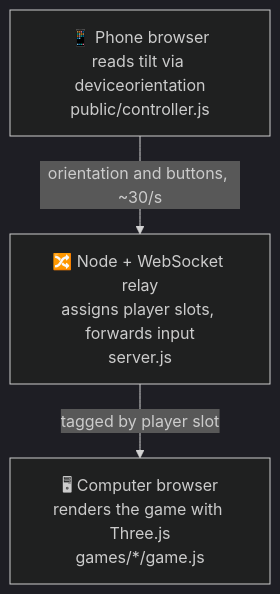
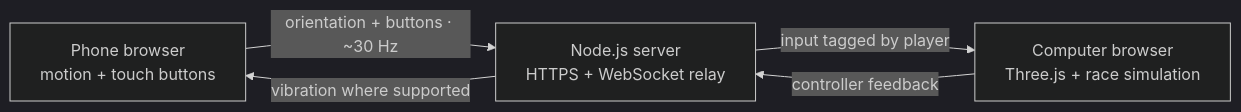
Before and after one commit to LucasArais/WiiPhone: the diagram in README.md, drawn with Mermaid (dark theme). The commit also changed other lines of this file and 27 other files, not shown here.

````diff
--- a/README.md
+++ b/README.md
@@ -47,8 +121,10 @@
 ```mermaid
-flowchart TD
-    phone["📱 Phone browser<br/>reads tilt via deviceorientation<br/>public/controller.js"]
-    relay["🔀 Node + WebSocket relay<br/>assigns player slots, forwards input<br/>server.js"]
-    browser["🖥 Computer browser<br/>renders the game with Three.js<br/>games/*/game.js"]
-    phone -- "orientation and buttons, ~30/s" --> relay
-    relay -- "tagged by player slot" --> browser
+flowchart LR
+    phone["Phone browser<br/>motion + touch buttons"]
+    relay["Node.js server<br/>HTTPS + WebSocket relay"]
+    game["Computer browser<br/>Three.js + race simulation"]
+    phone -->|"orientation + buttons · ~30 Hz"| relay
+    relay -->|"input tagged by player"| game
+    game -->|"controller feedback"| relay
+    relay -->|"vibration where supported"| phone
 ```
````
